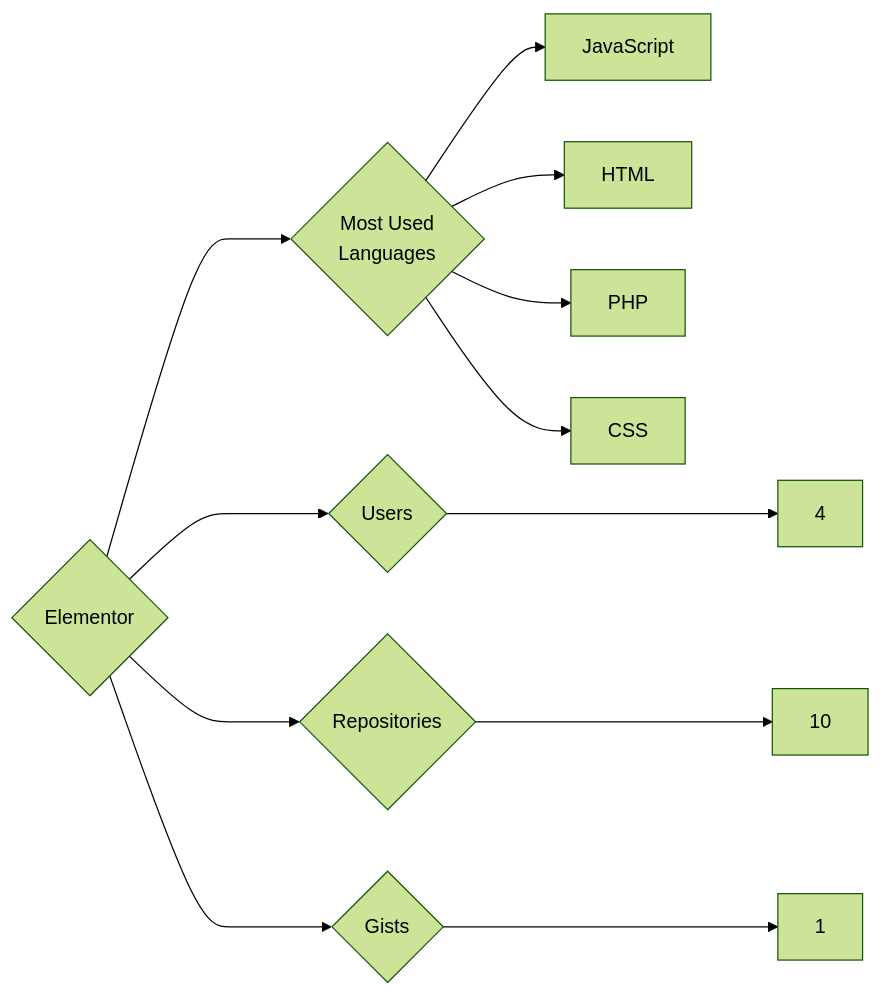
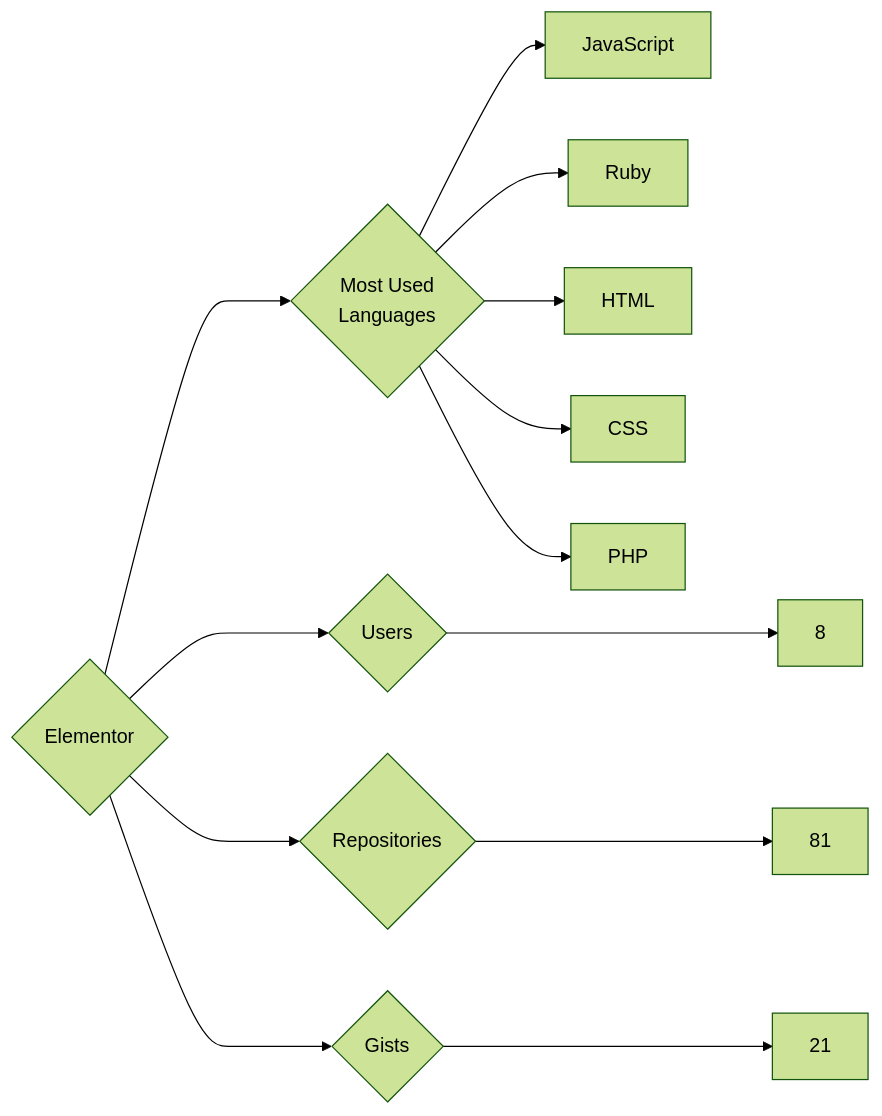
Before and after one commit to trickest/insiders: the diagram in targets/Elementor/README.md, drawn with Mermaid (forest theme). The commit also changed 1212 other files, not shown here.

````diff
--- a/targets/Elementor/README.md
+++ b/targets/Elementor/README.md
@@ -3,12 +3,13 @@
 ```mermaid
 graph LR
 COMPANY_NAME{Elementor}
-COMPANY_NAME ---> U{Users} ---> UN[4]
-COMPANY_NAME ---> R{Repositories} ---> RN[10]
-COMPANY_NAME ---> G{Gists} ---> GN[1]
+COMPANY_NAME ---> U{Users} ---> UN[8]
+COMPANY_NAME ---> R{Repositories} ---> RN[81]
+COMPANY_NAME ---> G{Gists} ---> GN[21]
 COMPANY_NAME ---> ML{Most Used<br>Languages}
 ML --> JavaScript[JavaScript]
+ML --> Ruby[Ruby]
 ML --> HTML[HTML]
+ML --> CSS[CSS]
 ML --> PHP[PHP]
-ML --> CSS[CSS]
 ```
````
